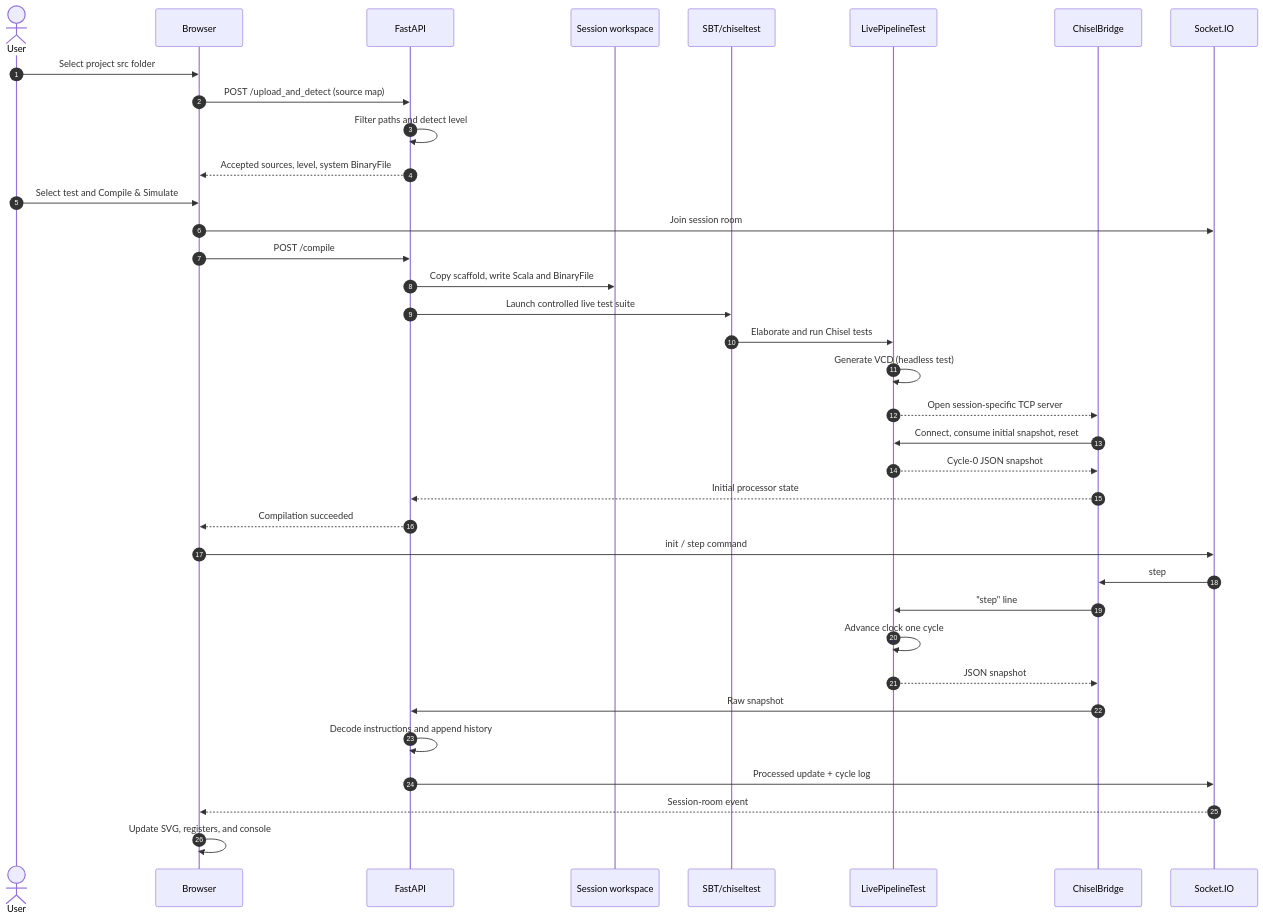
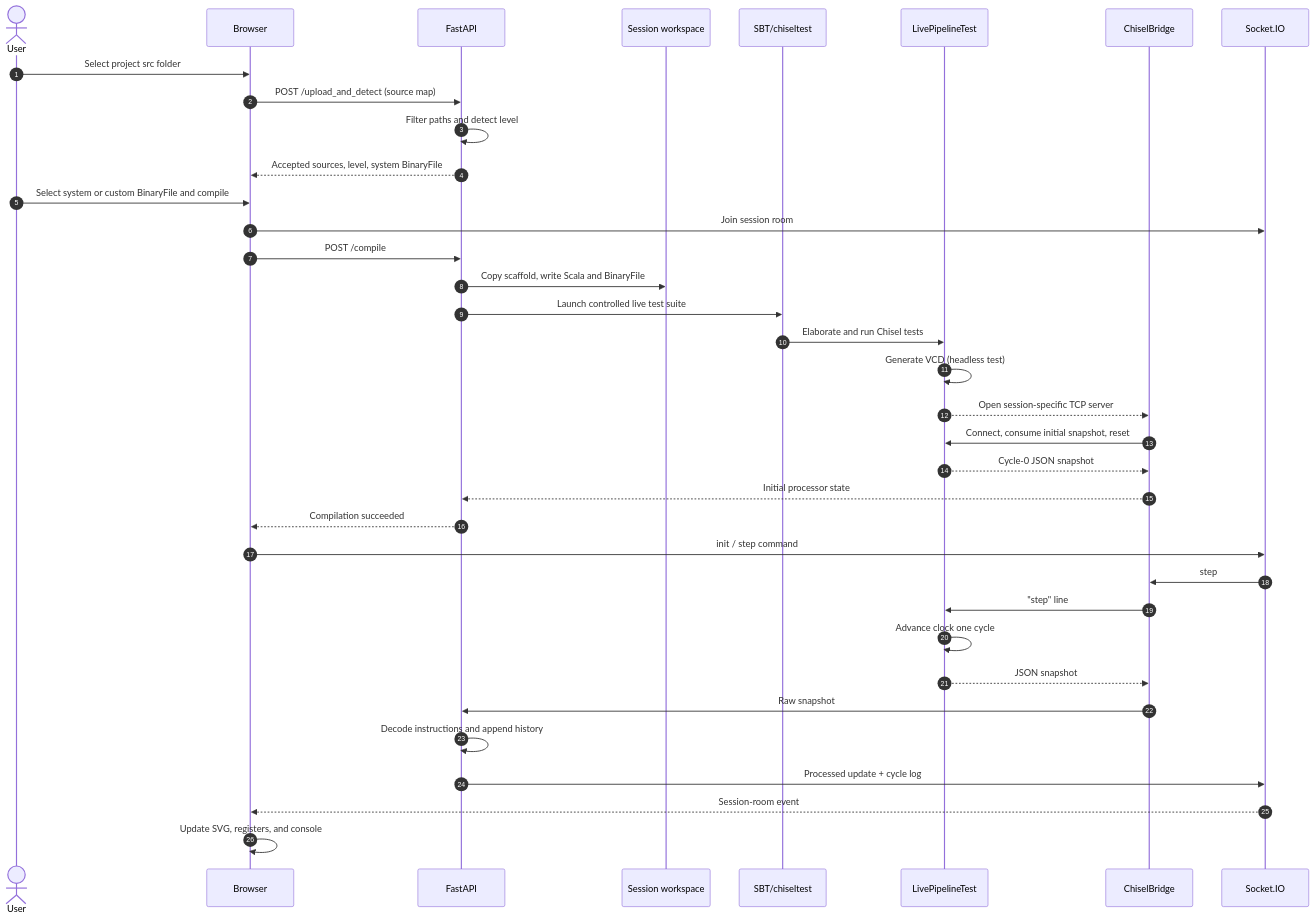
One commit to joelsanchez17/ADS-Workspace changed the diagram in RISCV-pipeline-vizualizer/docs/report/assets/source/execution_sequence.mmd. Above: the diagram before and after it, drawn with Mermaid. The commit also changed 36 other files, not shown here.

```diff
--- a/RISCV-pipeline-vizualizer/docs/report/assets/source/execution_sequence.mmd
+++ b/RISCV-pipeline-vizualizer/docs/report/assets/source/execution_sequence.mmd
@@ -1,37 +1,37 @@
 sequenceDiagram
     autonumber
     actor User
     participant Browser
     participant API as FastAPI
     participant Session as Session workspace
     participant SBT as SBT/chiseltest
     participant Test as LivePipelineTest
     participant Bridge as ChiselBridge
     participant WS as Socket.IO
 
     User->>Browser: Select project src folder
     Browser->>API: POST /upload_and_detect (source map)
     API->>API: Filter paths and detect level
     API-->>Browser: Accepted sources, level, system BinaryFile
-    User->>Browser: Select test and Compile & Simulate
+    User->>Browser: Select system or custom BinaryFile and compile
     Browser->>WS: Join session room
     Browser->>API: POST /compile
     API->>Session: Copy scaffold, write Scala and BinaryFile
     API->>SBT: Launch controlled live test suite
     SBT->>Test: Elaborate and run Chisel tests
     Test->>Test: Generate VCD (headless test)
     Test-->>Bridge: Open session-specific TCP server
     Bridge->>Test: Connect, consume initial snapshot, reset
     Test-->>Bridge: Cycle-0 JSON snapshot
     Bridge-->>API: Initial processor state
     API-->>Browser: Compilation succeeded
     Browser->>WS: init / step command
     WS->>Bridge: step
     Bridge->>Test: "step" line
     Test->>Test: Advance clock one cycle
     Test-->>Bridge: JSON snapshot
     Bridge->>API: Raw snapshot
     API->>API: Decode instructions and append history
     API->>WS: Processed update + cycle log
     WS-->>Browser: Session-room event
     Browser->>Browser: Update SVG, registers, and console
```
